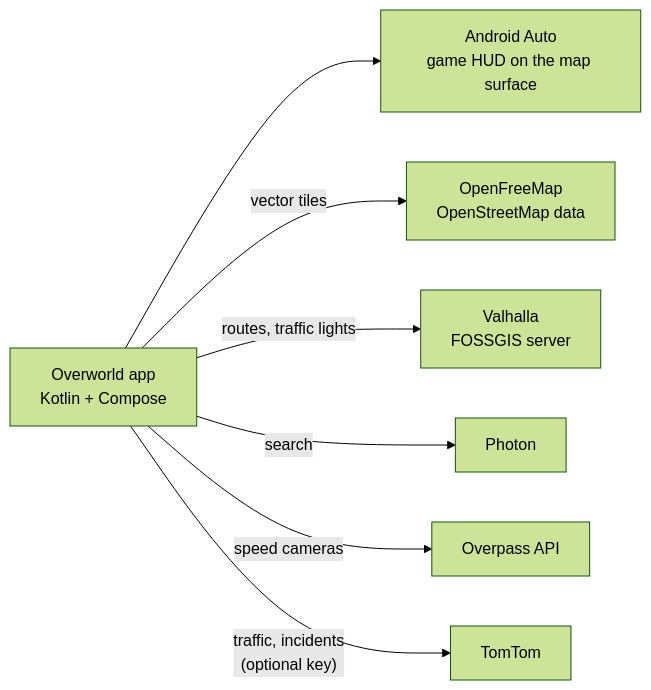
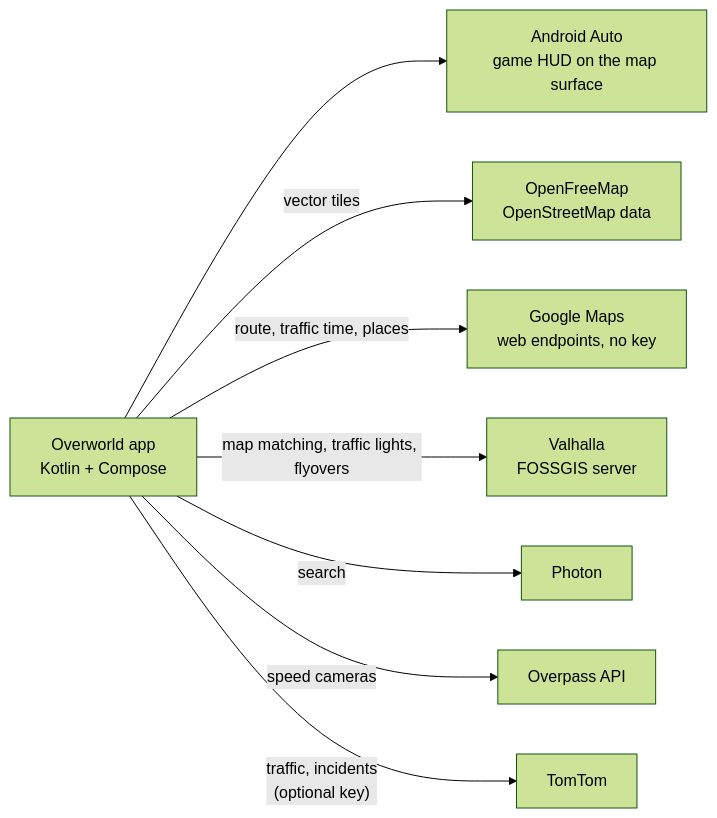
One commit to TheAlgo7/overworld-maps changed the diagram in README.md. Above: the diagram before and after it, drawn with Mermaid (forest theme). The commit also changed other lines of this file, not shown here.

Commit message:
README: Google routes and search, flyovers, game cameras, any car screen

````diff
--- a/README.md
+++ b/README.md
@@ -88,9 +92,10 @@
 ```mermaid
 flowchart LR
   app["Overworld app<br/>Kotlin + Compose"] --> car["Android Auto<br/>game HUD on the map surface"]
   app -- "vector tiles" --> ofm["OpenFreeMap<br/>OpenStreetMap data"]
-  app -- "routes, traffic lights" --> valhalla["Valhalla<br/>FOSSGIS server"]
+  app -- "route, traffic time, places" --> google["Google Maps<br/>web endpoints, no key"]
+  app -- "map matching, traffic lights, flyovers" --> valhalla["Valhalla<br/>FOSSGIS server"]
   app -- "search" --> photon["Photon"]
   app -- "speed cameras" --> overpass["Overpass API"]
   app -- "traffic, incidents<br/>(optional key)" --> tomtom["TomTom"]
 ```
````
